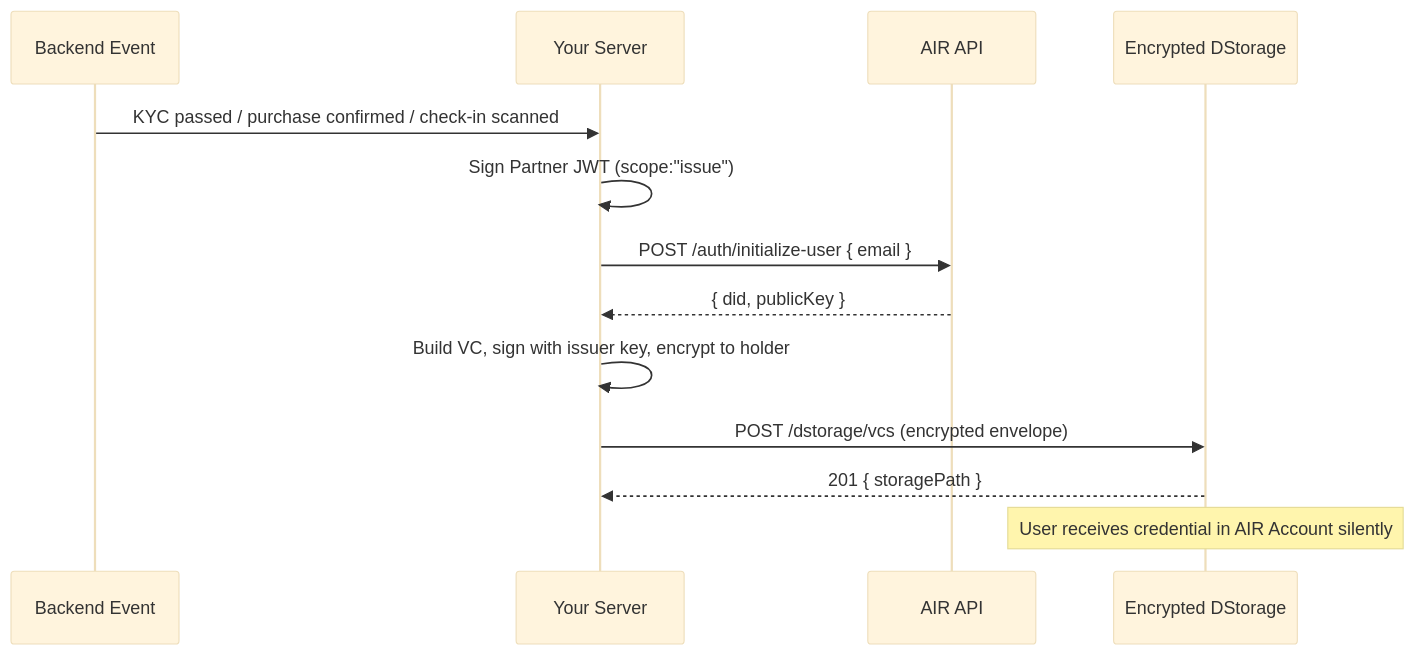
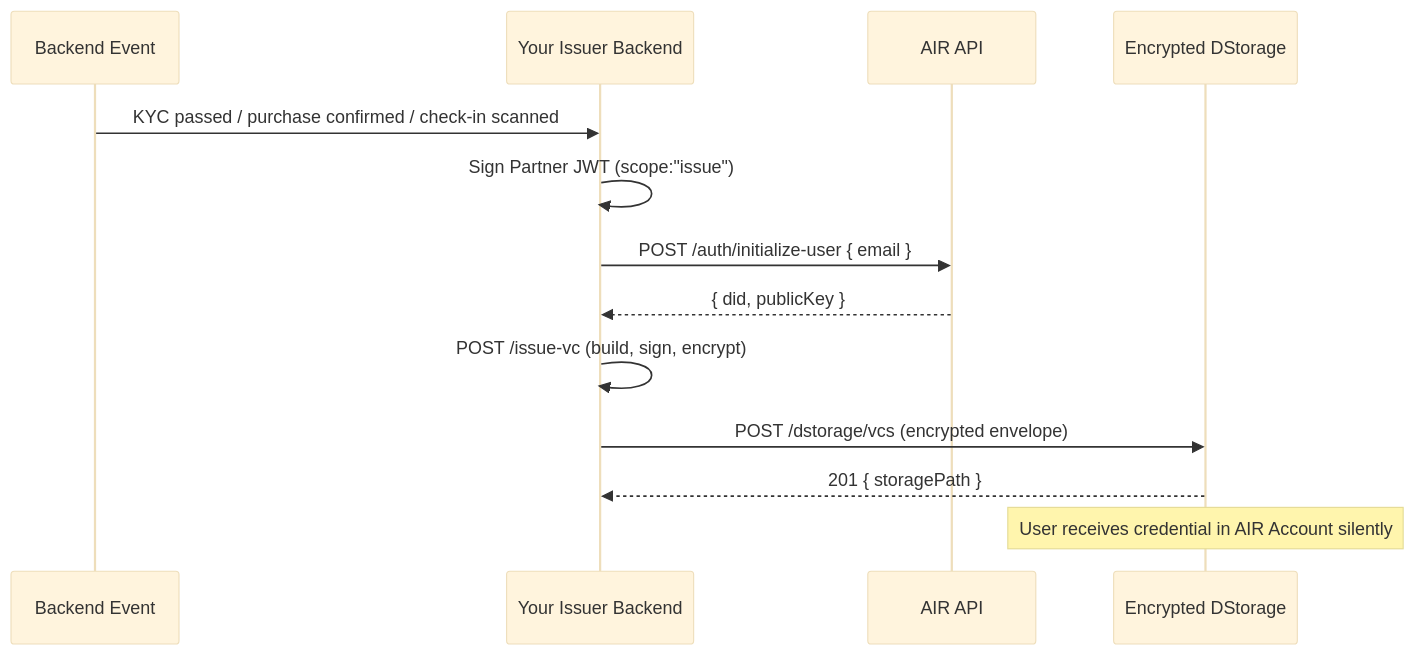
The fifth of 6 diagrams in airkit/guides/overview.mdx (MocaNetwork/docs), drawn with Mermaid (base theme) before and after one commit. The commit also changed other lines of this file and 31 other files, not shown here.

````diff
--- a/airkit/guides/overview.mdx
+++ b/airkit/guides/overview.mdx
@@ -105,16 +105,16 @@
 ```mermaid
 sequenceDiagram
     participant Event as Backend Event
-    participant Server as Your Server
+    participant Server as Your Issuer Backend
     participant API as AIR API
     participant DS as Encrypted DStorage
 
     Event->>Server: KYC passed / purchase confirmed / check-in scanned
     Server->>Server: Sign Partner JWT (scope:"issue")
     Server->>API: POST /auth/initialize-user { email }
     API-->>Server: { did, publicKey }
-    Server->>Server: Build VC, sign with issuer key, encrypt to holder
+    Server->>Server: POST /issue-vc (build, sign, encrypt)
     Server->>DS: POST /dstorage/vcs (encrypted envelope)
     DS-->>Server: 201 { storagePath }
     Note over DS: User receives credential in AIR Account silently
 ```
````
